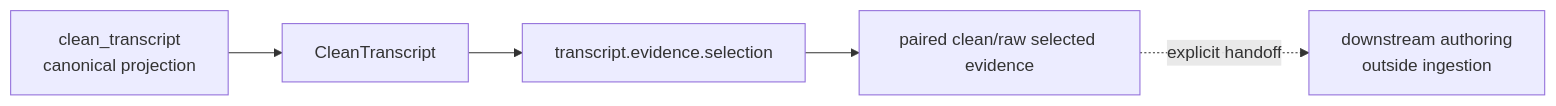
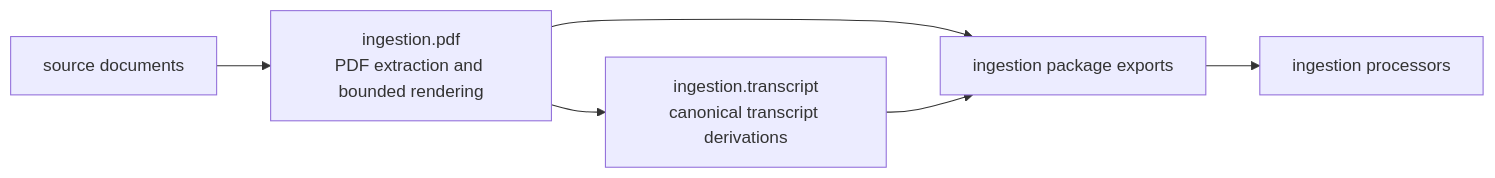
One commit to eragasa/projectkoios-ingestion changed the diagram in docs/architecture/projectkoios/ingestion/schematic.md. Above: the diagram before and after it, drawn with Mermaid. The commit also changed other lines of this file and 38 other files, not shown here.

Commit message:
Document neutral PDF rendering architecture

````diff
--- a/docs/architecture/projectkoios/ingestion/schematic.md
+++ b/docs/architecture/projectkoios/ingestion/schematic.md
@@ -3,13 +3,14 @@
 ```mermaid
 flowchart LR
-    Producer["clean_transcript<br/>canonical projection"]
-    Transcript["CleanTranscript"]
-    Selection["transcript.evidence.selection"]
-    Evidence["paired clean/raw selected evidence"]
-    Downstream["downstream authoring<br/>outside ingestion"]
+    Source["source documents"]
+    Pdf["ingestion.pdf<br/>PDF extraction and bounded rendering"]
+    Transcript["ingestion.transcript<br/>canonical transcript derivations"]
+    Public["ingestion package exports"]
+    Consumers["ingestion processors"]
 
-    Producer --> Transcript
-    Transcript --> Selection
-    Selection --> Evidence
-    Evidence -. "explicit handoff" .-> Downstream
+    Source --> Pdf
+    Pdf --> Transcript
+    Pdf --> Public
+    Transcript --> Public
+    Public --> Consumers
 ```
````
